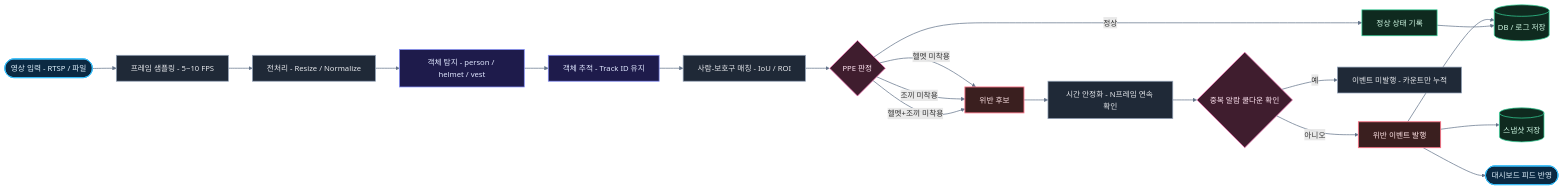
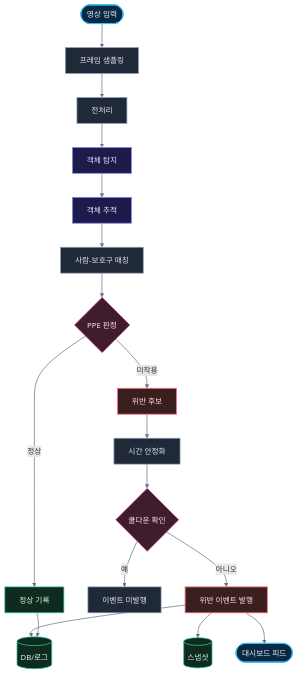
The diagram in MERMAID_FLOW.mmd (zeroziba9-hash/PPE-Monitoring-Dashboard), drawn with Mermaid before and after one commit. The commit also changed 1 other file, not shown here.

Commit message:
docs: switch mermaid flow to compact vertical layout for square export

```diff
--- a/MERMAID_FLOW.mmd
+++ b/MERMAID_FLOW.mmd
@@ -1,32 +1,30 @@
-flowchart LR
+flowchart TB
   classDef io fill:#0b2942,stroke:#38bdf8,color:#e0f2fe,stroke-width:2px;
   classDef prep fill:#1f2937,stroke:#94a3b8,color:#e5e7eb,stroke-width:1.5px;
   classDef ai fill:#1e1b4b,stroke:#818cf8,color:#e0e7ff,stroke-width:1.5px;
   classDef rule fill:#3f1d2e,stroke:#f472b6,color:#ffe4f1,stroke-width:1.5px;
   classDef alert fill:#3a1f1f,stroke:#fb7185,color:#ffe4e6,stroke-width:1.8px;
   classDef save fill:#0f2a1f,stroke:#34d399,color:#d1fae5,stroke-width:1.5px;
 
-  A([영상 입력 - RTSP / 파일]):::io --> B[프레임 샘플링 - 5~10 FPS]:::prep
-  B --> C[전처리 - Resize / Normalize]:::prep
-  C --> D[객체 탐지 - person / helmet / vest]:::ai
-  D --> E[객체 추적 - Track ID 유지]:::ai
-  E --> F[사람-보호구 매칭 - IoU / ROI]:::prep
+  A([영상 입력]):::io --> B[프레임 샘플링]:::prep
+  B --> C[전처리]:::prep
+  C --> D[객체 탐지]:::ai
+  D --> E[객체 추적]:::ai
+  E --> F[사람-보호구 매칭]:::prep
   F --> G{PPE 판정}:::rule
 
-  G -->|정상| H1[정상 상태 기록]:::save
-  G -->|헬멧 미착용| H2[위반 후보]:::alert
-  G -->|조끼 미착용| H2
-  G -->|헬멧+조끼 미착용| H2
+  G -->|정상| H1[정상 기록]:::save
+  G -->|미착용| H2[위반 후보]:::alert
 
-  H2 --> I[시간 안정화 - N프레임 연속 확인]:::prep
-  I --> J{중복 알람 쿨다운 확인}:::rule
+  H2 --> I[시간 안정화]:::prep
+  I --> J{쿨다운 확인}:::rule
 
-  J -->|예| K[이벤트 미발행 - 카운트만 누적]:::prep
+  J -->|예| K[이벤트 미발행]:::prep
   J -->|아니오| L[위반 이벤트 발행]:::alert
 
-  L --> M[(스냅샷 저장)]:::save
-  L --> N[(DB / 로그 저장)]:::save
-  L --> O([대시보드 피드 반영]):::io
+  L --> M[(스냅샷)]:::save
+  L --> N[(DB/로그)]:::save
+  L --> O([대시보드 피드]):::io
   H1 --> N
 
   linkStyle default stroke:#64748b,stroke-width:1.5px;
```
